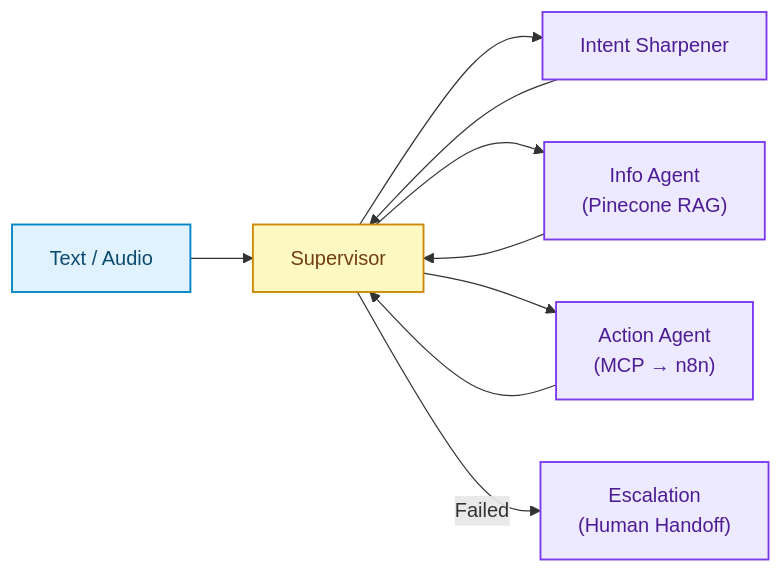
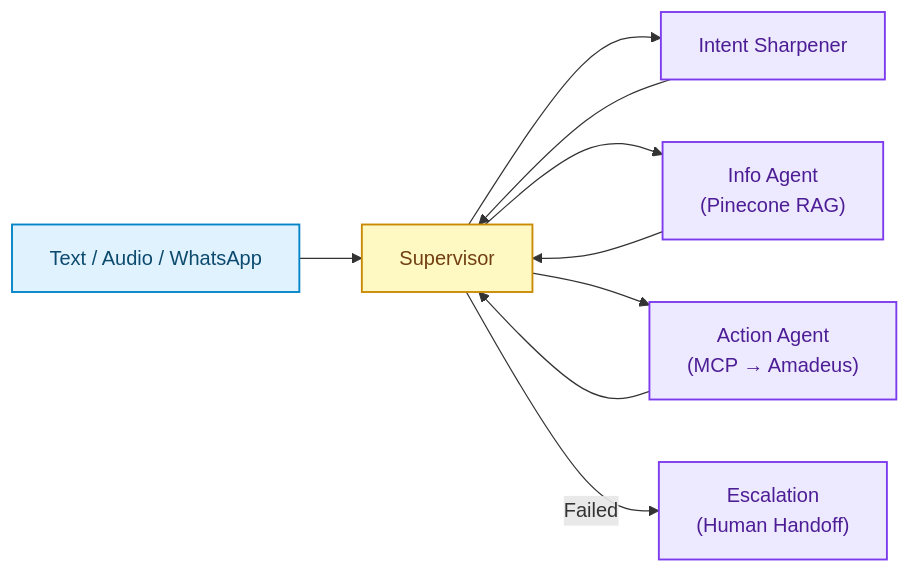
One commit to KadirGokdeniz/ActionFlow changed the diagram in README.md. Above: the diagram before and after it, drawn with Mermaid. The commit also changed other lines of this file, not shown here.

First line of the commit message:
docs: rewrite README with correct URLs, real Amadeus demo, test coverage

````diff
--- a/README.md
+++ b/README.md
@@ -69,23 +104,23 @@
 ```mermaid
 flowchart LR
-    INPUT["Text / Audio"] --> SUP["Supervisor"]
+    INPUT["Text / Audio / WhatsApp"] --> SUP["Supervisor"]
 
     SUP --> SHARP["Intent Sharpener"]
     SHARP --> SUP
 
     SUP --> INFO["Info Agent<br/>(Pinecone RAG)"]
     INFO --> SUP
 
-    SUP --> ACT["Action Agent<br/>(MCP → n8n)"]
+    SUP --> ACT["Action Agent<br/>(MCP → Amadeus)"]
     ACT --> SUP
 
     SUP -->|Failed| ESC["Escalation<br/>(Human Handoff)"]
 
     classDef input fill:#e0f2fe,stroke:#0284c7,stroke-width:1.5px,color:#0c4a6e
     classDef routing fill:#fef9c3,stroke:#ca8a04,stroke-width:1.5px,color:#713f12
     classDef agent fill:#ede9fe,stroke:#7c3aed,stroke-width:1.5px,color:#4c1d95
 
     class INPUT input
     class SUP routing
     class SHARP,INFO,ACT,ESC agent
 ```
````
